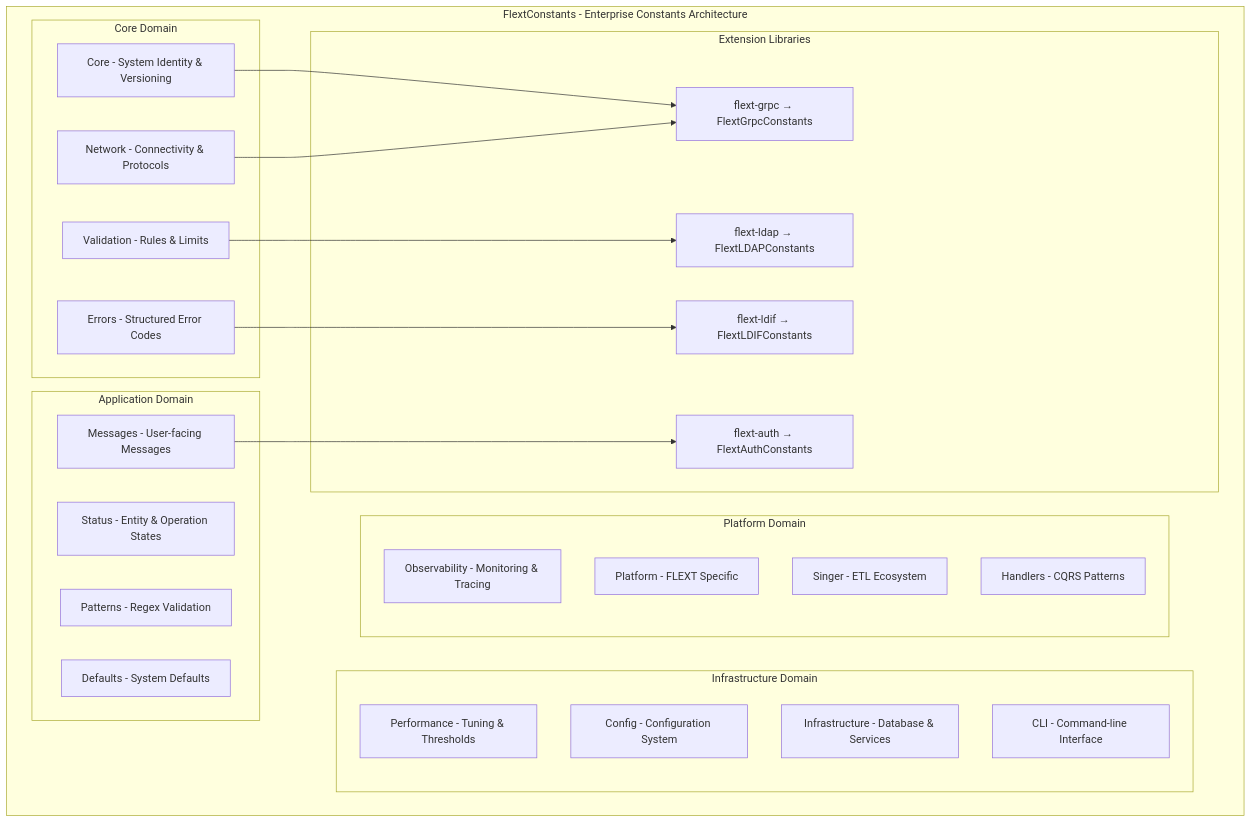
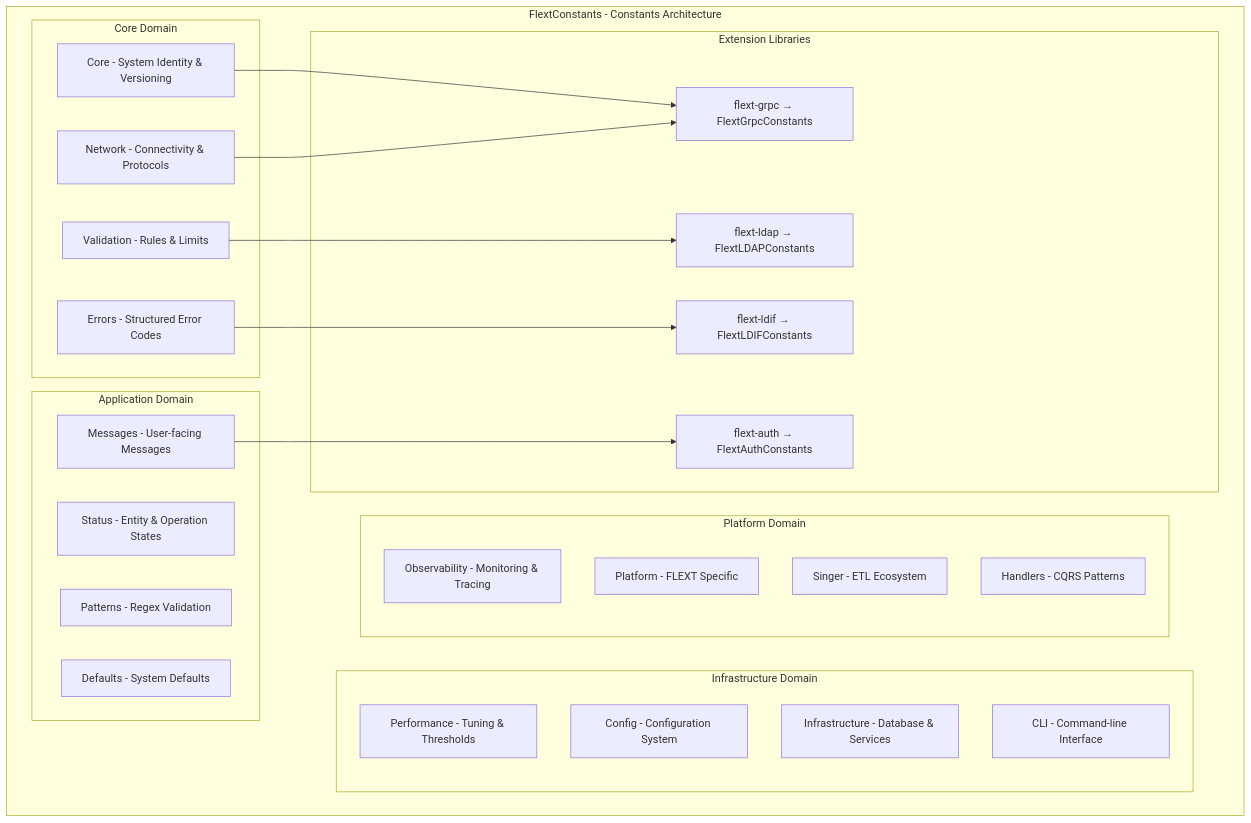
Before and after one commit to flext-sh/flext-core: the diagram in docs/architecture/constants/README.md, drawn with Mermaid. The commit also changed other lines of this file and 75 other files, not shown here.

````diff
--- a/docs/architecture/constants/README.md
+++ b/docs/architecture/constants/README.md
@@ -37,45 +39,45 @@
 ```mermaid
 graph TB
-    subgraph "FlextConstants - Enterprise Constants Architecture"
+    subgraph "FlextConstants - Constants Architecture"
         subgraph "Core Domain"
             C1[Core - System Identity & Versioning]
             C2[Network - Connectivity & Protocols]
             C3[Validation - Rules & Limits]
             C4[Errors - Structured Error Codes]
         end
 
         subgraph "Application Domain"
             A1[Messages - User-facing Messages]
             A2[Status - Entity & Operation States]
             A3[Patterns - Regex Validation]
             A4[Defaults - System Defaults]
         end
 
         subgraph "Infrastructure Domain"
             I1[Performance - Tuning & Thresholds]
             I2[Config - Configuration System]
             I3[Infrastructure - Database & Services]
             I4[CLI - Command-line Interface]
         end
 
         subgraph "Platform Domain"
             P1[Observability - Monitoring & Tracing]
             P2[Platform - FLEXT Specific]
             P3[Singer - ETL Ecosystem]
             P4[Handlers - CQRS Patterns]
         end
 
         subgraph "Extension Libraries"
             E1[flext-grpc → FlextGrpcConstants]
             E2[flext-ldap → FlextLDAPConstants]
             E3[flext-ldif → FlextLDIFConstants]
             E4[flext-auth → FlextAuthConstants]
         end
     end
 
     C1 --> E1
     C2 --> E1
     C3 --> E2
     C4 --> E3
     A1 --> E4
 ```
````
